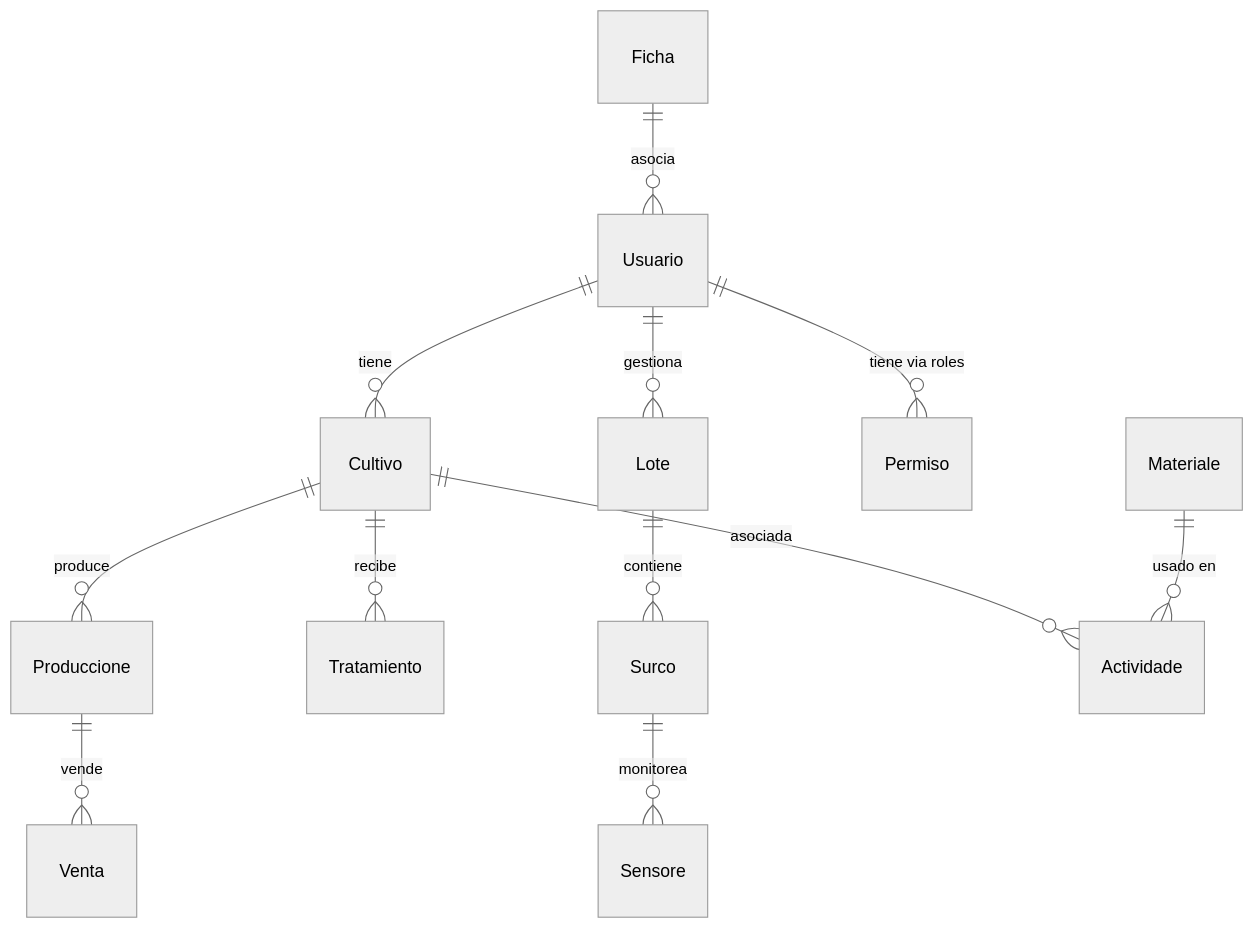
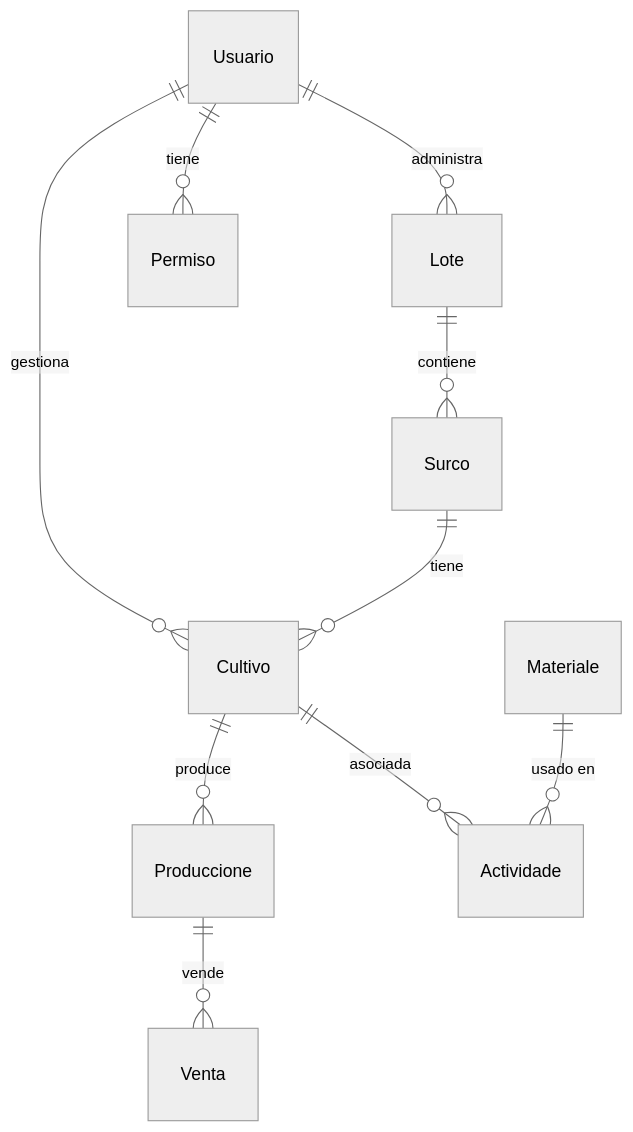
The second of 13 diagrams in docu/src/content/docs/arquitectura.md (KERLINFIGUEROA0/ProyectoFormativoAgrotech), drawn with Mermaid (neutral theme) before and after one commit. The commit also changed other lines of this file and 27 other files, not shown here.

````diff
--- a/docu/src/content/docs/arquitectura.md
+++ b/docu/src/content/docs/arquitectura.md
@@ -57,14 +35,12 @@
 ```mermaid
 erDiagram
-    Usuario ||--o{ Cultivo : "tiene"
-    Usuario ||--o{ Lote : "gestiona"
+    Usuario ||--o{ Cultivo : "gestiona"
+    Usuario ||--o{ Lote : "administra"
     Lote ||--o{ Surco : "contiene"
-    Cultivo ||--o{ Tratamiento : "recibe"
+    Surco ||--o{ Cultivo : "tiene"
     Cultivo ||--o{ Produccione : "produce"
-    Surco ||--o{ Sensore : "monitorea"
-    Usuario ||--o{ Permiso : "tiene via roles"
-    Ficha ||--o{ Usuario : "asocia"
+    Produccione ||--o{ Venta : "vende"
     Cultivo ||--o{ Actividade : "asociada"
     Materiale ||--o{ Actividade : "usado en"
-    Produccione ||--o{ Venta : "vende"
+    Usuario ||--o{ Permiso : "tiene"
 ```
````
